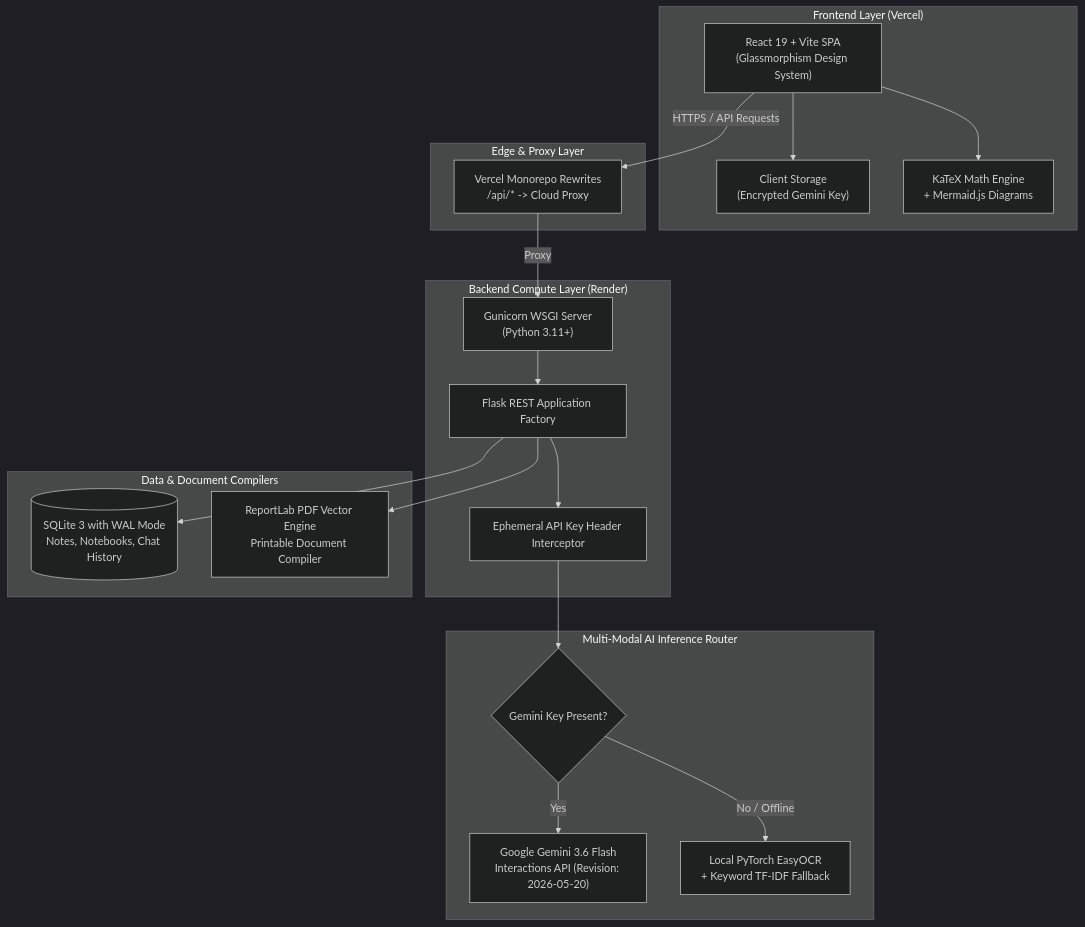
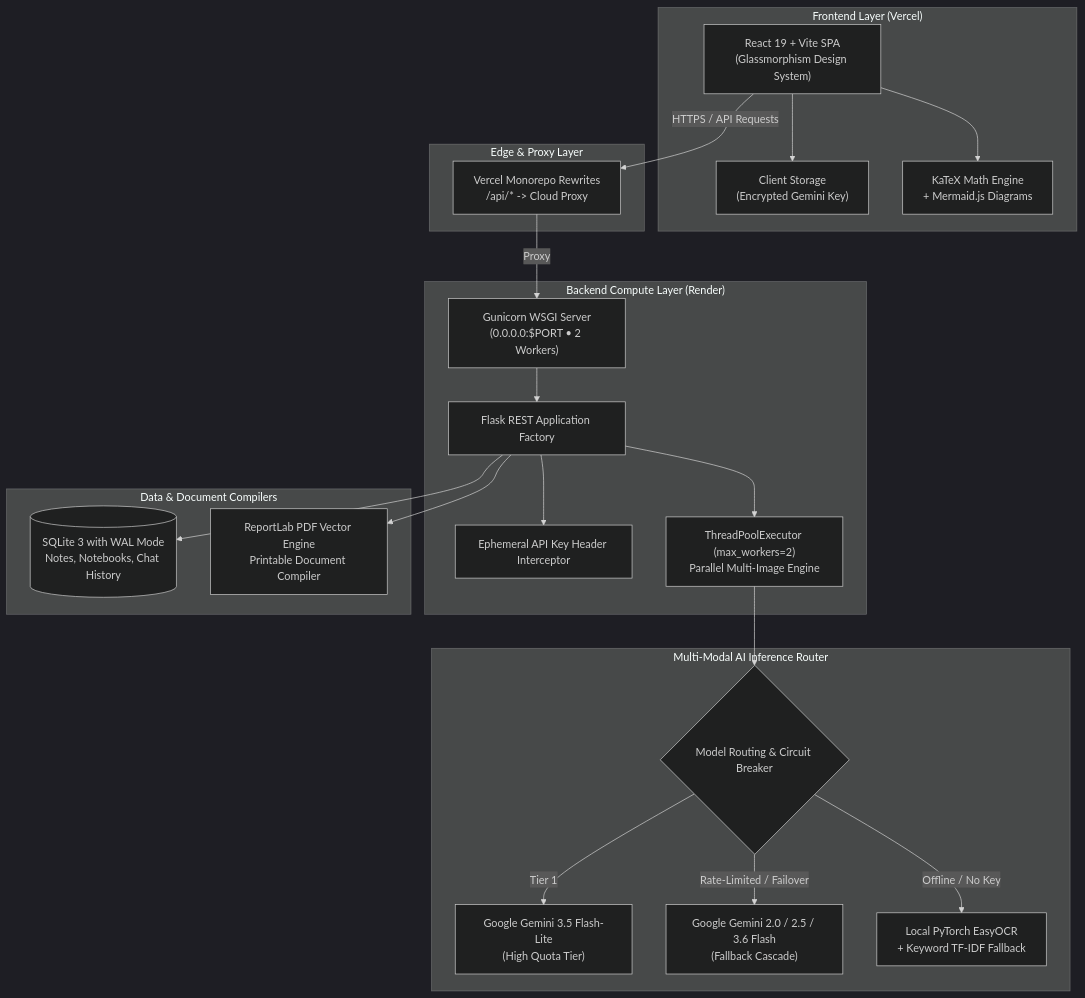
Before and after one commit to mayurmohite4848/NotesAi: the diagram in readme.md, drawn with Mermaid (dark theme). The commit also changed other lines of this file and 1 other file, not shown here.

Commit message:
docs: add frontend README and update root documentation with demo and architecture details

````diff
--- a/readme.md
+++ b/readme.md
@@ -58,41 +74,45 @@
 ```mermaid
 flowchart TD
     subgraph ClientLayer ["Frontend Layer (Vercel)"]
         UI["React 19 + Vite SPA\n(Glassmorphism Design System)"]
         LocalStorage["Client Storage\n(Encrypted Gemini Key)"]
         MathRender["KaTeX Math Engine\n+ Mermaid.js Diagrams"]
     end
 
     subgraph EdgeLayer ["Edge & Proxy Layer"]
         VercelRewrite["Vercel Monorepo Rewrites\n/api/* -> Cloud Proxy"]
     end
 
     subgraph ServerLayer ["Backend Compute Layer (Render)"]
-        Gunicorn["Gunicorn WSGI Server\n(Python 3.11+)"]
+        Gunicorn["Gunicorn WSGI Server\n(0.0.0.0:$PORT • 2 Workers)"]
         Flask["Flask REST Application Factory"]
         AuthMid["Ephemeral API Key Header Interceptor"]
+        ThreadPool["ThreadPoolExecutor (max_workers=2)\nParallel Multi-Image Engine"]
     end
 
     subgraph IntelligenceLayer ["Multi-Modal AI Inference Router"]
-        Router{"Gemini Key Present?"}
-        GeminiAPI["Google Gemini 3.6 Flash\nInteractions API (Revision: 2026-05-20)"]
+        Router{"Model Routing & Circuit Breaker"}
+        GeminiLite["Google Gemini 3.5 Flash-Lite\n(High Quota Tier)"]
+        GeminiFlash["Google Gemini 2.0 / 2.5 / 3.6 Flash\n(Fallback Cascade)"]
         LocalPyTorch["Local PyTorch EasyOCR\n+ Keyword TF-IDF Fallback"]
     end
 
     subgraph DataLayer ["Data & Document Compilers"]
         SQLite[("SQLite 3 with WAL Mode\nNotes, Notebooks, Chat History")]
         ReportLab["ReportLab PDF Vector Engine\nPrintable Document Compiler"]
     end
 
     UI --> LocalStorage
     UI --> MathRender
     UI -->|HTTPS / API Requests| VercelRewrite
     VercelRewrite -->|Proxy| Gunicorn
     Gunicorn --> Flask
     Flask --> AuthMid
-    AuthMid --> Router
-    Router -->|Yes| GeminiAPI
-    Router -->|No / Offline| LocalPyTorch
+    Flask --> ThreadPool
+    ThreadPool --> Router
+    Router -->|Tier 1| GeminiLite
+    Router -->|Rate-Limited / Failover| GeminiFlash
+    Router -->|Offline / No Key| LocalPyTorch
     Flask --> SQLite
     Flask --> ReportLab
 ```
````
